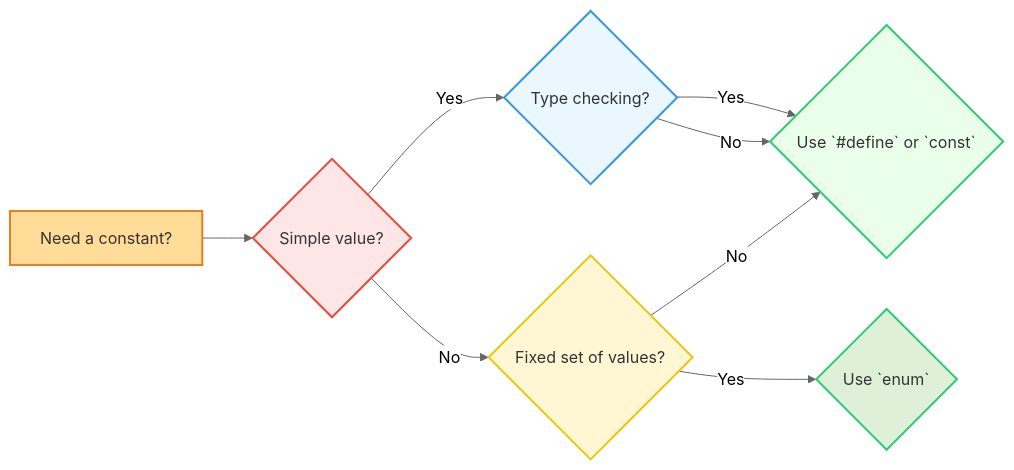
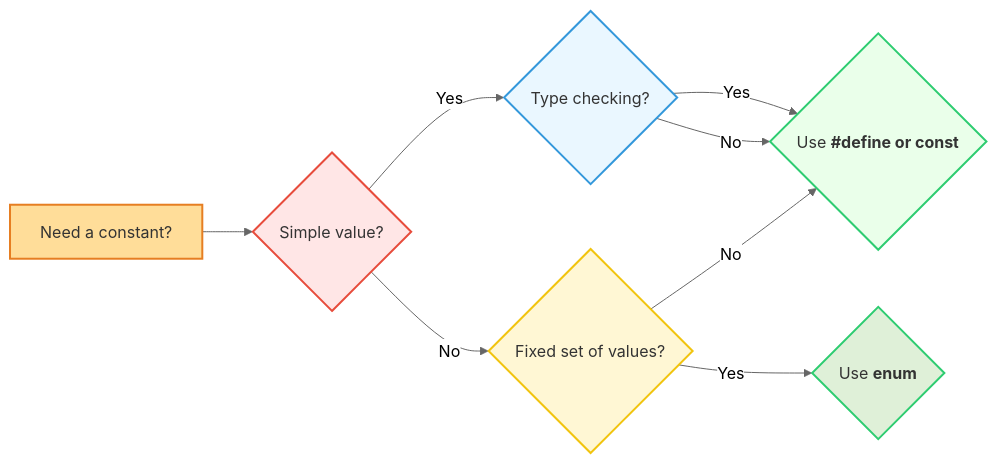
The second of 5 diagrams in _posts/2024-11-14-c-variables-and-constants.md (infoyouth/infoyouth.github.io), drawn with Mermaid (neutral theme) before and after one commit.

Commit message:
Updating 2nd blog post minor

````diff
--- a/_posts/2024-11-14-c-variables-and-constants.md
+++ b/_posts/2024-11-14-c-variables-and-constants.md
@@ -475,20 +475,20 @@
 ```mermaid
 graph LR
   A[Need a constant?] --> B{Simple value?}
   B -- Yes --> C{Type checking?}
   B -- No --> D{Fixed set of values?}
-  C -- Yes --> E{Use <span style="color:#1c3d5a;">`const`</span>}
-  C -- No --> E{Use <span style="color:#7f1c1c;">`#define`</span>}
-  D -- Yes --> F{Use <span style="color:#2c6b2f;">`enum`</span>}
-  D -- No --> E{Use <span style="color:#7f1c1c;">`#define` or `const`</span>}
-  
+  C -- Yes --> E{Use <b>const</b>}
+  C -- No --> E{Use <b>#define</b>}
+  D -- Yes --> F{Use <b>enum</b>}
+  D -- No --> E{Use <b>#define or const</b>}
+
   style A fill:#ffdd99,stroke:#e67e22,stroke-width:2px;
   style B fill:#ffe6e6,stroke:#e74c3c,stroke-width:2px;
   style C fill:#eaf7ff,stroke:#3498db,stroke-width:2px;
   style D fill:#fff7d4,stroke:#f1c40f,stroke-width:2px;
   style E fill:#eaffea,stroke:#2ecc71,stroke-width:2px;
   style F fill:#dff0d8,stroke:#2ecc71,stroke-width:2px;
   classDef default fill:#fff,stroke:#000,stroke-width:2px,color:#333;
 
 
 ```
````
